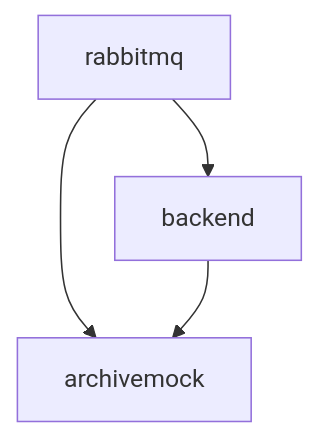
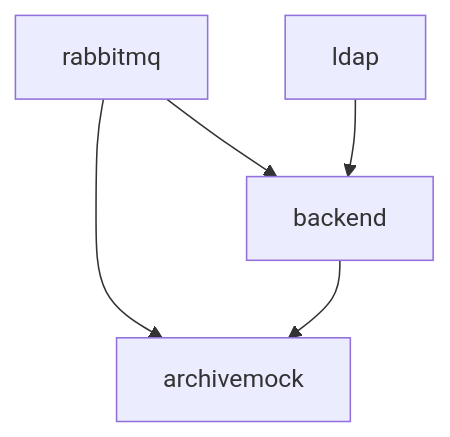
The diagram in services/backend/services/v3/README.md (SciCatProject/scicatlive), drawn with Mermaid before and after one commit. The commit also changed other lines of this file and 1 other file, not shown here.

````diff
--- a/services/backend/services/v3/README.md
+++ b/services/backend/services/v3/README.md
@@ -76,6 +78,7 @@
 ```mermaid
 graph TD   
     rabbitmq --> archivemock
     rabbitmq --> backend
+    ldap --> backend
     backend --> archivemock
 ```
````
